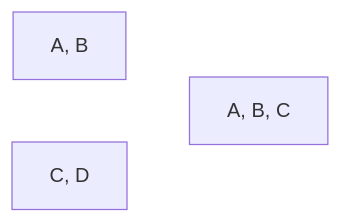
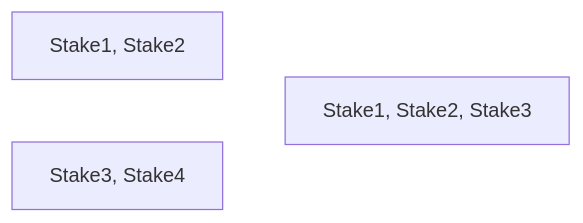
Before and after one commit to input-output-hk/catalyst-libs: the tenth of 10 diagrams in rust/rbac-registration/examples.md, drawn with Mermaid. The commit also changed other lines of this file, not shown here.

Commit message:
Rename stake addresses according to other examples

````diff
--- a/rust/rbac-registration/examples.md
+++ b/rust/rbac-registration/examples.md
@@ -209,7 +209,7 @@
 ```mermaid
 flowchart LR
-    A[A, B]
-    B[C, D]
-    A ~~~ C[A, B, C]
+    A[Stake1, Stake2]
+    B[Stake3, Stake4]
+    A ~~~ C[Stake1, Stake2, Stake3]
     B ~~~ C
 ```
````
